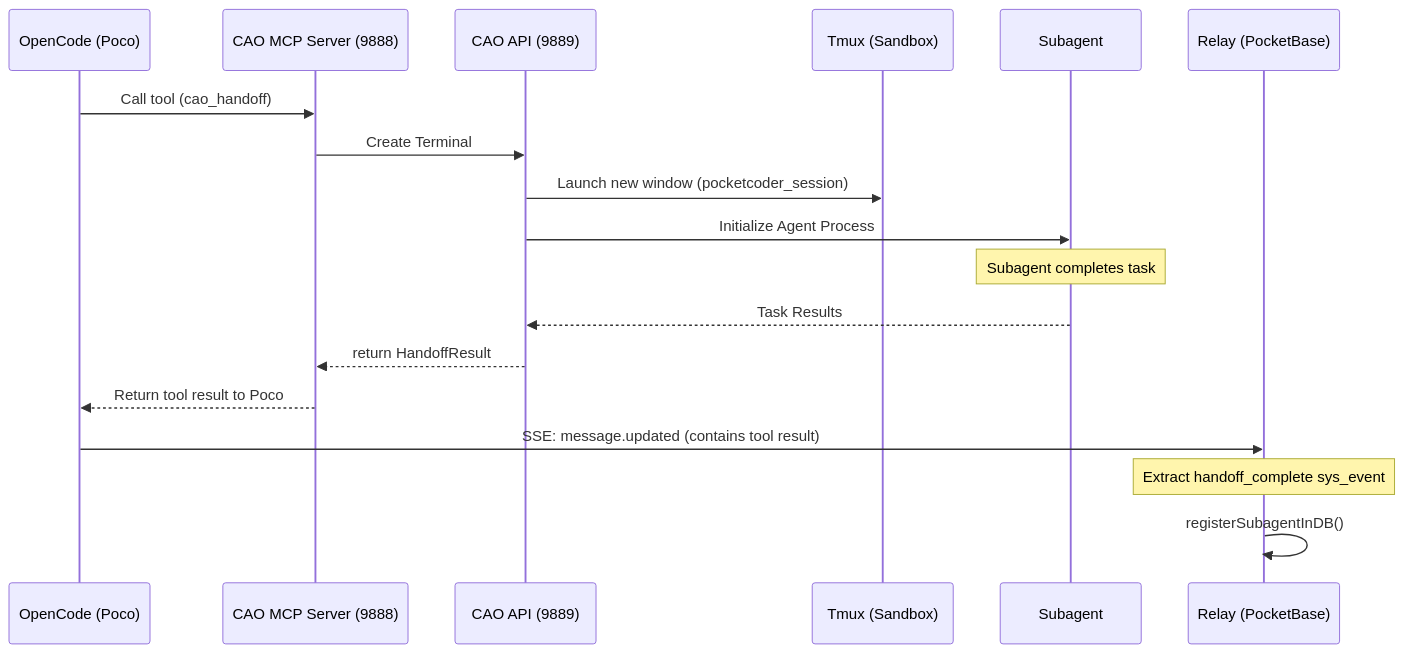
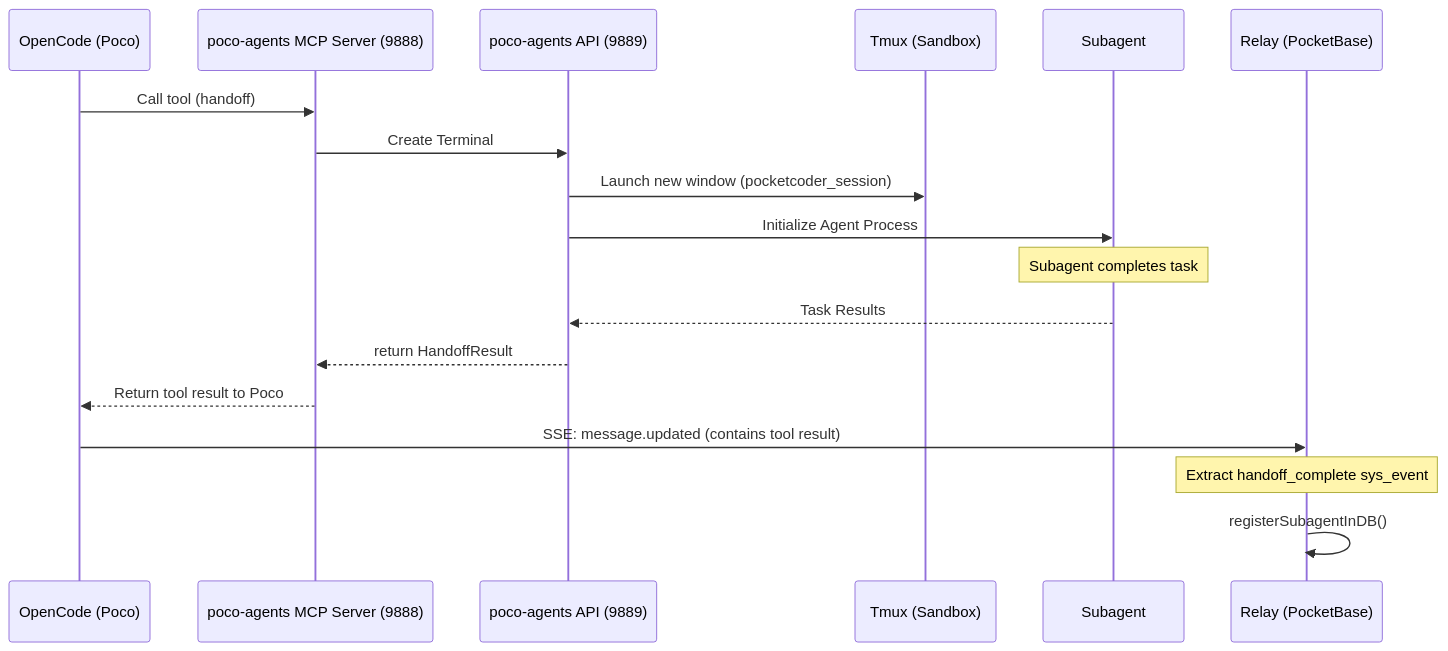
One commit to qtpi-bonding-org/pocketcoder changed the fifth of 6 diagrams in services/docs/SYSTEM_ARCHITECTURE.md. Above: the diagram before and after it, drawn with Mermaid. The commit also changed other lines of this file and 10 other files, not shown here.

````diff
--- a/services/docs/SYSTEM_ARCHITECTURE.md
+++ b/services/docs/SYSTEM_ARCHITECTURE.md
@@ -449,21 +449,21 @@
 ```mermaid
 sequenceDiagram
     participant OC as OpenCode (Poco)
-    participant MCP as CAO MCP Server (9888)
-    participant API as CAO API (9889)
+    participant MCP as poco-agents MCP Server (9888)
+    participant API as poco-agents API (9889)
     participant Tmux as Tmux (Sandbox)
     participant Sub as Subagent
     participant R as Relay (PocketBase)
 
-    OC->>MCP: Call tool (cao_handoff)
+    OC->>MCP: Call tool (handoff)
     MCP->>API: Create Terminal
     API->>Tmux: Launch new window (pocketcoder_session)
     API->>Sub: Initialize Agent Process
     Note over Sub: Subagent completes task
     Sub-->>API: Task Results
     API-->>MCP: return HandoffResult
     MCP-->>OC: Return tool result to Poco
     OC->>R: SSE: message.updated (contains tool result)
     Note over R: Extract handoff_complete sys_event
     R->>R: registerSubagentInDB()
 ```
````
